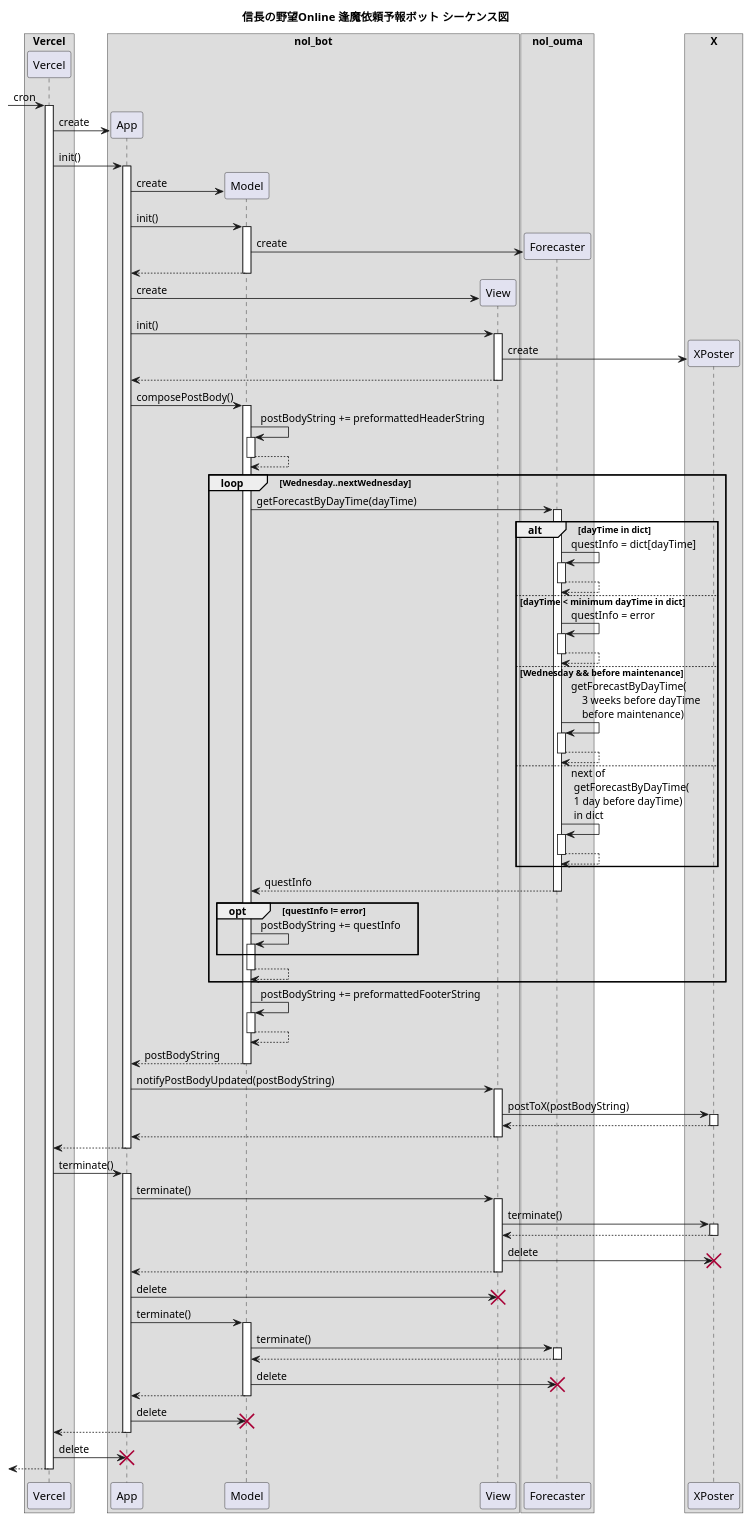
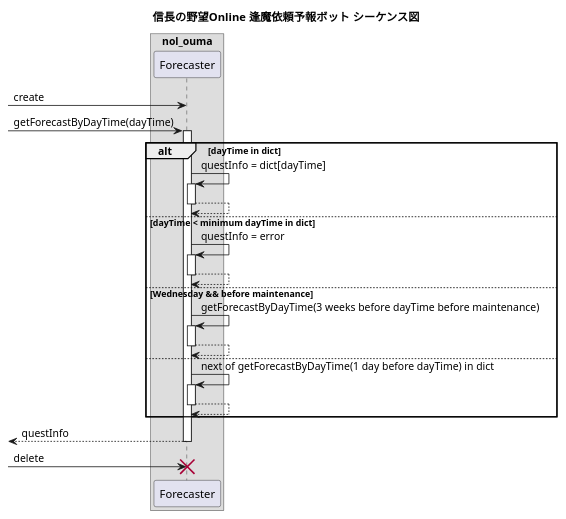
Before and after one commit to MinoruSekine/nol_ouma_forecast: the diagram in uml/sequence.pu, drawn with PlantUML. The commit also changed 1 other file, not shown here.

Commit message:
uml: Remove bot parts from UML. (#11)
Bot parts will be used by also nol_rewards_due.

```diff
--- a/uml/sequence.pu
+++ b/uml/sequence.pu
@@ -1,94 +1,31 @@
 @startuml
 
 autoactivate on
 
 title 信長の野望Online 逢魔依頼予報ボット シーケンス図
 
-box "Vercel"
-participant Vercel
-end box
-
-box "nol_bot"
-  participant App
-  participant Model
-  participant View
-end box
-
 box "nol_ouma"
   participant Forecaster
 end box
 
+[-> Forecaster ** : create
 
-box "X"
-participant XPoster
-end box
-
-[-> Vercel : cron
-Vercel -> App ** : create
-
-Vercel -> App : init()
-App -> Model ** : create
-App -> Model : init()
-Model -> Forecaster ** : create
-return
-
-App -> View ** : create
-App -> View : init()
-View -> XPoster ** : create
-return
-
-App -> Model : composePostBody()
-Model -> Model : postBodyString += preformattedHeaderString
-return
-loop Wednesday..nextWednesday
-  Model -> Forecaster : getForecastByDayTime(dayTime)
-  alt dayTime in dict
-    Forecaster -> Forecaster : questInfo = dict[dayTime]
-    return
-  else dayTime < minimum dayTime in dict
-    Forecaster -> Forecaster : questInfo = error
-    return
-  else Wednesday && before maintenance
-    Forecaster -> Forecaster : getForecastByDayTime(\n    3 weeks before dayTime\n    before maintenance)
-    return
-  else
-    Forecaster -> Forecaster : next of\n getForecastByDayTime(\n 1 day before dayTime)\n in dict
-    return
-  end
-  return questInfo
-  opt questInfo != error
-    Model -> Model : postBodyString += questInfo
-  end
+[-> Forecaster : getForecastByDayTime(dayTime)
+alt dayTime in dict
+  Forecaster -> Forecaster : questInfo = dict[dayTime]
+  return
+else dayTime < minimum dayTime in dict
+  Forecaster -> Forecaster : questInfo = error
+  return
+else Wednesday && before maintenance
+  Forecaster -> Forecaster : getForecastByDayTime(3 weeks before dayTime before maintenance)
+  return
+else
+  Forecaster -> Forecaster : next of getForecastByDayTime(1 day before dayTime) in dict
   return
 end
-Model -> Model : postBodyString += preformattedFooterString
-return
-return postBodyString
+return questInfo
 
-App -> View : notifyPostBodyUpdated(postBodyString)
-View -> XPoster : postToX(postBodyString)
-return
-return
-
-return
-
-Vercel -> App : terminate()
-App -> View : terminate()
-View -> XPoster : terminate()
-return
-View -> XPoster !! : delete
-return
-App -> View !! : delete
-App -> Model : terminate()
-Model -> Forecaster : terminate()
-return
-Model -> Forecaster !! : delete
-return
-App -> Model !! : delete
-return
-
-Vercel -> App !! : delete
-
-return
+[-> Forecaster !! : delete
 
 @enduml
```
